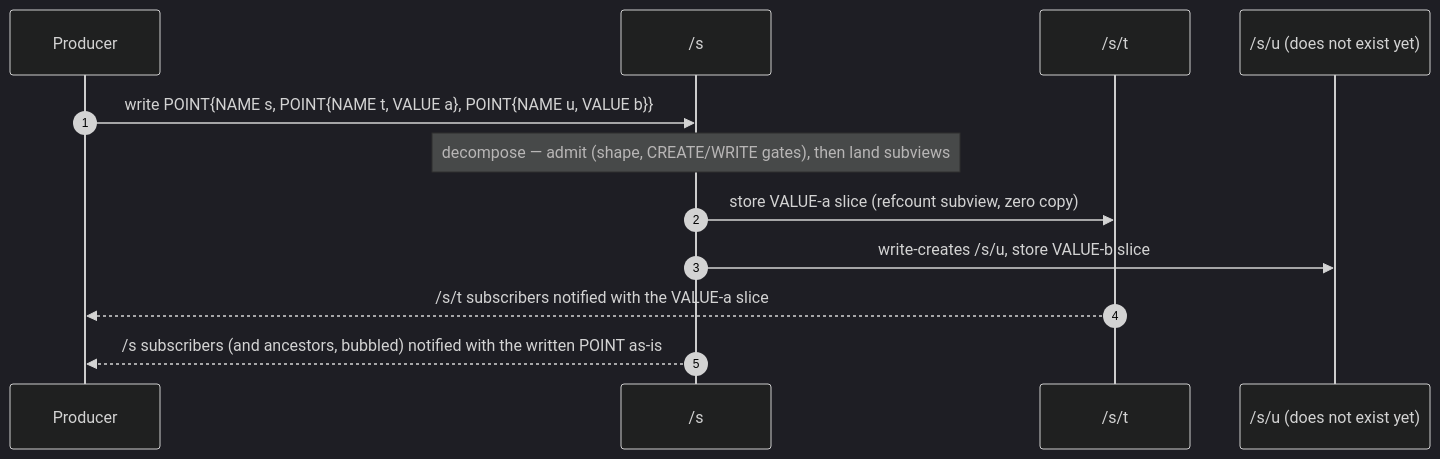
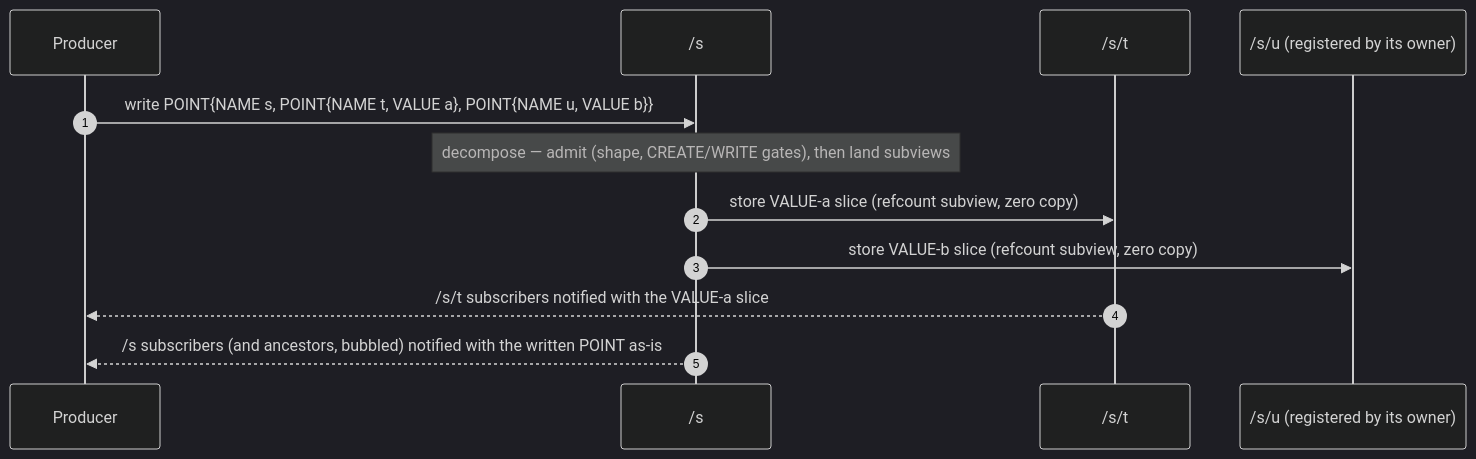
The fourth of 7 diagrams in docs/reference/05-protocol-tlvs.md (avatarsd-llc/libtracer), drawn with Mermaid (dark theme) before and after one commit. The commit also changed other lines of this file and 35 other files, not shown here.

First line of the commit message:
graph: refuse creating a missing vertex by default; a parent opts in with a creation hook (#1945)

````diff
--- a/docs/reference/05-protocol-tlvs.md
+++ b/docs/reference/05-protocol-tlvs.md
@@ -750,14 +750,14 @@
 ```{mermaid}
 sequenceDiagram
     autonumber
     participant P as Producer
     participant S as /s
     participant T as /s/t
-    participant U as /s/u (does not exist yet)
+    participant U as /s/u (registered by its owner)
     P->>S: write POINT{NAME s, POINT{NAME t, VALUE a}, POINT{NAME u, VALUE b}}
     Note over S: decompose — admit (shape, CREATE/WRITE gates), then land subviews
     S->>T: store VALUE-a slice (refcount subview, zero copy)
-    S->>U: write-creates /s/u, store VALUE-b slice
+    S->>U: store VALUE-b slice (refcount subview, zero copy)
     T-->>P: /s/t subscribers notified with the VALUE-a slice
     S-->>P: /s subscribers (and ancestors, bubbled) notified with the written POINT as-is
 ```
````
